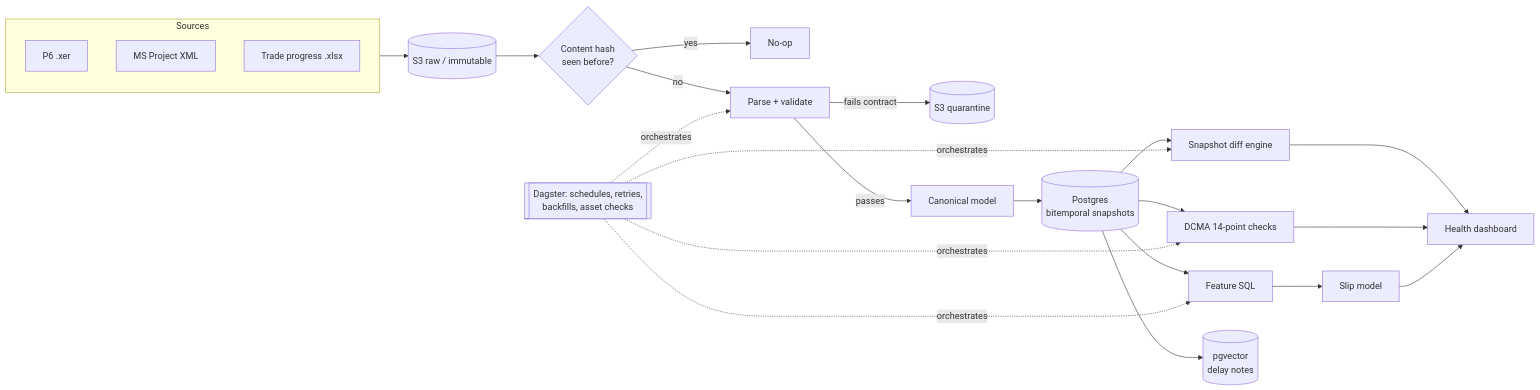
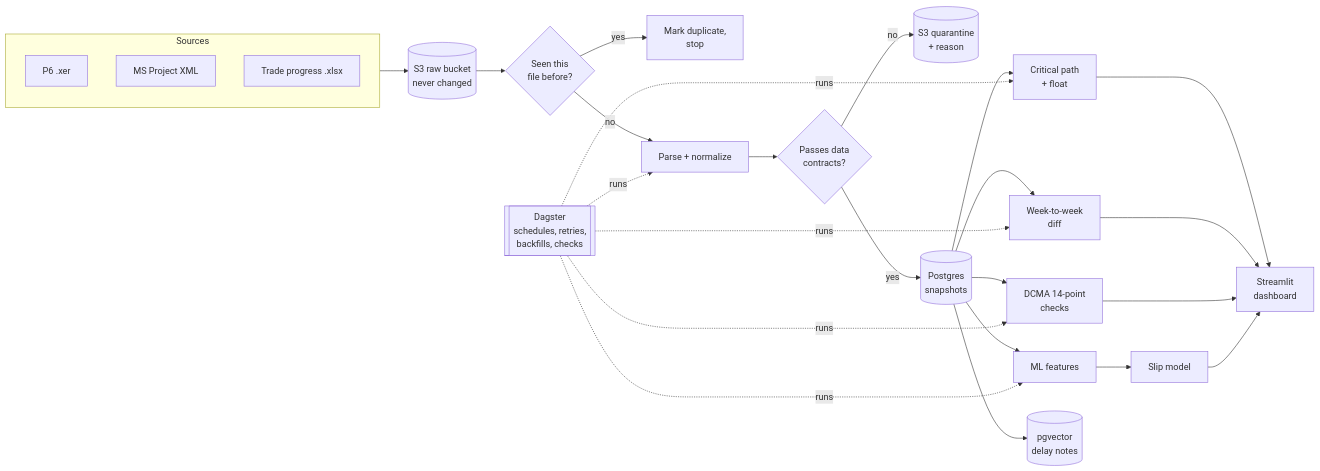
One commit to sajansshergill/baseline changed the diagram in README.md. Above: the diagram before and after it, drawn with Mermaid. The commit also changed other lines of this file, not shown here.

````diff
--- a/README.md
+++ b/README.md
@@ -25,24 +123,25 @@
 ```mermaid
 flowchart LR
     subgraph Sources
         XER[P6 .xer]
         MSP[MS Project XML]
         XLS[Trade progress .xlsx]
     end
 
-    Sources --> S3raw[(S3 raw / immutable)]
-    S3raw --> Hash{Content hash<br/>seen before?}
-    Hash -- yes --> Skip[No-op]
-    Hash -- no --> Parse[Parse + validate]
-    Parse -- fails contract --> Q[(S3 quarantine)]
-    Parse -- passes --> Canon[Canonical model]
-    Canon --> PG[(Postgres<br/>bitemporal snapshots)]
-    PG --> Diff[Snapshot diff engine]
-    PG --> DCMA[DCMA 14-point checks]
-    PG --> Feat[Feature SQL]
+    Sources --> S3raw[(S3 raw bucket<br/>never changed)]
+    S3raw --> Hash{Seen this<br/>file before?}
+    Hash -- yes --> Skip[Mark duplicate,<br/>stop]
+    Hash -- no --> Parse[Parse + normalize]
+    Parse --> Validate{Passes data<br/>contracts?}
+    Validate -- no --> Q[(S3 quarantine<br/>+ reason)]
+    Validate -- yes --> PG[(Postgres<br/>snapshots)]
+    PG --> CPM[Critical path<br/>+ float]
+    PG --> Diff[Week-to-week<br/>diff]
+    PG --> DCMA[DCMA 14-point<br/>checks]
+    PG --> Feat[ML features]
     Feat --> Model[Slip model]
     PG --> Vec[(pgvector<br/>delay notes)]
-    Diff & DCMA & Model --> Dash[Health dashboard]
+    CPM & Diff & DCMA & Model --> Dash[Streamlit<br/>dashboard]
 
-    Dagster[[Dagster: schedules, retries,<br/>backfills, asset checks]] -.orchestrates.-> Parse & Diff & DCMA & Feat
+    Dagster[[Dagster<br/>schedules, retries,<br/>backfills, checks]] -.runs.-> Parse & CPM & Diff & DCMA & Feat
 ```
````
